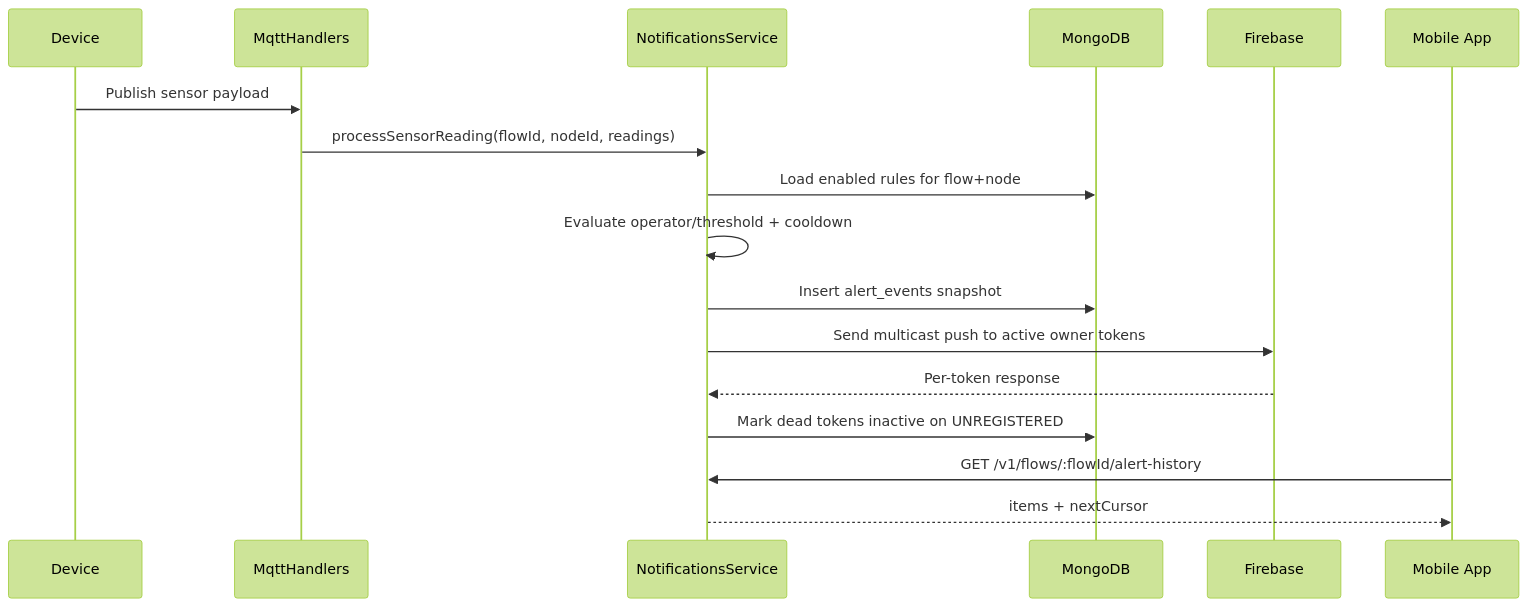
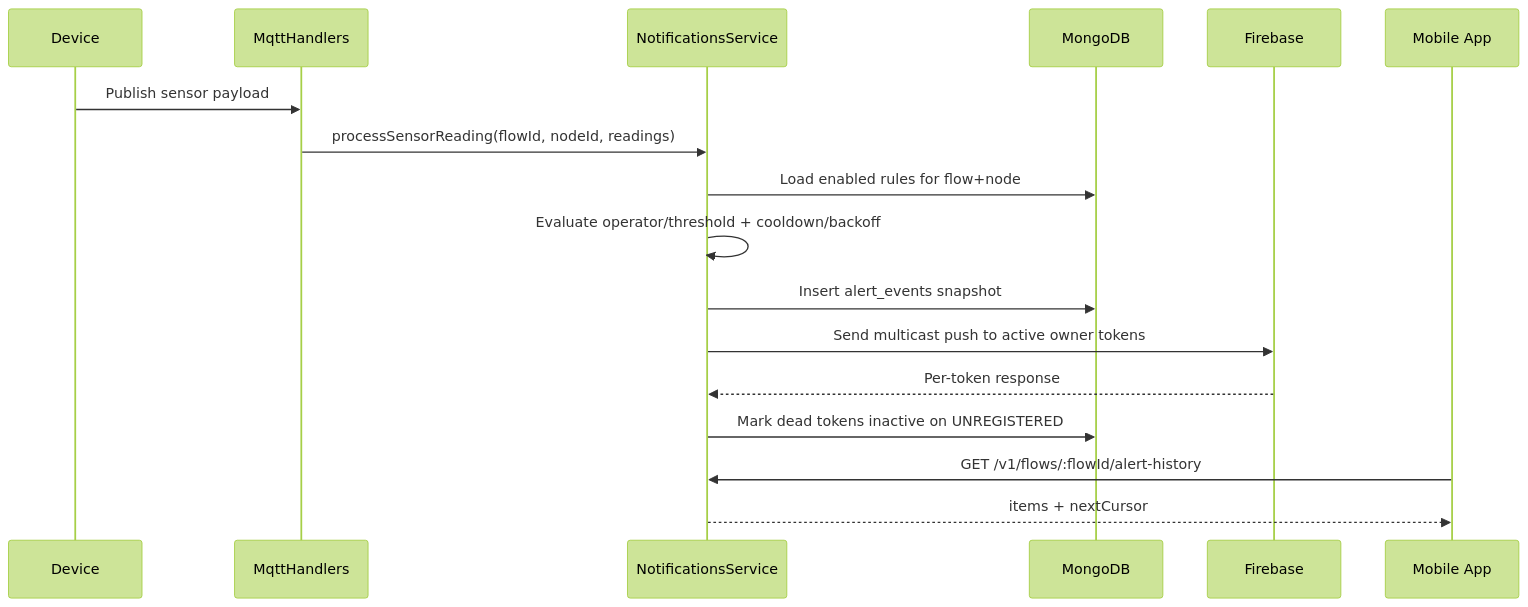
Before and after one commit to ahmed-atef-gad/nexusflow-backend: the diagram in docs/notifications-system.md, drawn with Mermaid (forest theme). The commit also changed other lines of this file and 6 other files, not shown here.

````diff
--- a/docs/notifications-system.md
+++ b/docs/notifications-system.md
@@ -29,20 +31,20 @@
 ```mermaid
 sequenceDiagram
     participant ESP as Device
     participant MQTT as MqttHandlers
     participant NS as NotificationsService
     participant DB as MongoDB
     participant FCM as Firebase
     participant App as Mobile App
 
     ESP->>MQTT: Publish sensor payload
     MQTT->>NS: processSensorReading(flowId, nodeId, readings)
     NS->>DB: Load enabled rules for flow+node
-    NS->>NS: Evaluate operator/threshold + cooldown
+    NS->>NS: Evaluate operator/threshold + cooldown/backoff
     NS->>DB: Insert alert_events snapshot
     NS->>FCM: Send multicast push to active owner tokens
     FCM-->>NS: Per-token response
     NS->>DB: Mark dead tokens inactive on UNREGISTERED
     App->>NS: GET /v1/flows/:flowId/alert-history
     NS-->>App: items + nextCursor
 ```
````
